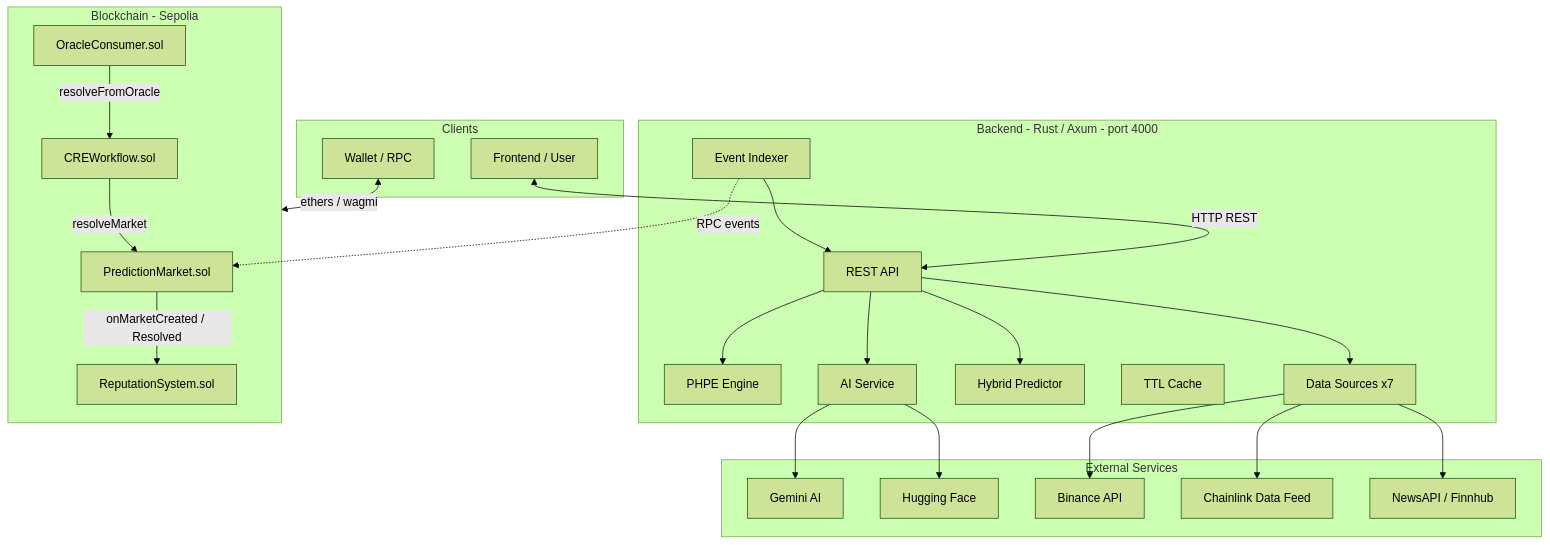
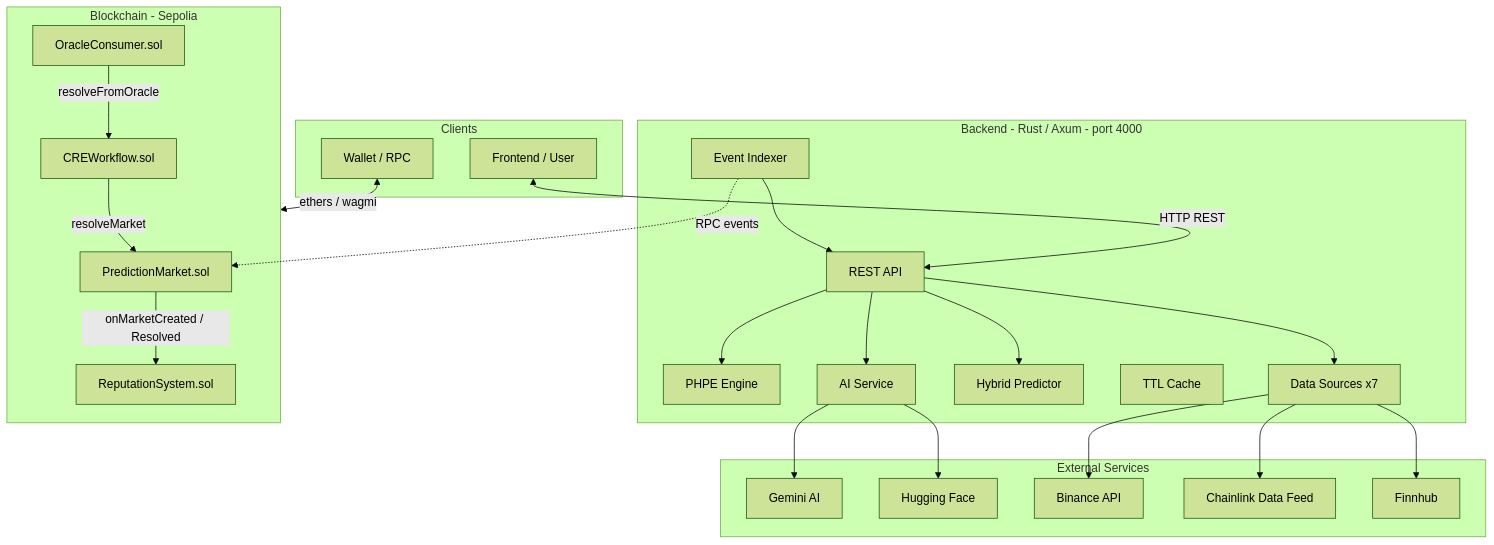
Before and after one commit to Quantumquirkz/PraesagiumChain: the first of 5 diagrams in README.md, drawn with Mermaid (forest theme). The commit also changed other lines of this file and 18 other files, not shown here.

````diff
--- a/README.md
+++ b/README.md
@@ -59,49 +59,49 @@
 ```mermaid
 flowchart TB
     subgraph clients [Clients]
         UI[Frontend / User]
         Wallet[Wallet / RPC]
     end
 
     subgraph backend [Backend - Rust / Axum - port 4000]
         API[REST API]
         PHPE[PHPE Engine]
         AISvc[AI Service]
         Hybrid[Hybrid Predictor]
         Indexer[Event Indexer]
         Cache[TTL Cache]
         Sources[Data Sources x7]
         API --> PHPE
         API --> AISvc
         API --> Hybrid
         API --> Sources
         Indexer --> API
     end
 
     subgraph chain [Blockchain - Sepolia]
         PM[PredictionMarket.sol]
         CRE[CREWorkflow.sol]
         OC[OracleConsumer.sol]
         Rep[ReputationSystem.sol]
         OC -->|resolveFromOracle| CRE
         CRE -->|resolveMarket| PM
         PM -->|onMarketCreated / Resolved| Rep
     end
 
     subgraph external [External Services]
         Gemini[Gemini AI]
         HF[Hugging Face]
         Binance[Binance API]
         CL[Chainlink Data Feed]
-        News[NewsAPI / Finnhub]
+        News[Finnhub]
     end
 
     UI <-->|HTTP REST| API
     Wallet <-->|ethers / wagmi| chain
     AISvc --> Gemini
     AISvc --> HF
     Sources --> Binance
     Sources --> CL
     Sources --> News
     Indexer -.->|RPC events| PM
 ```
````
